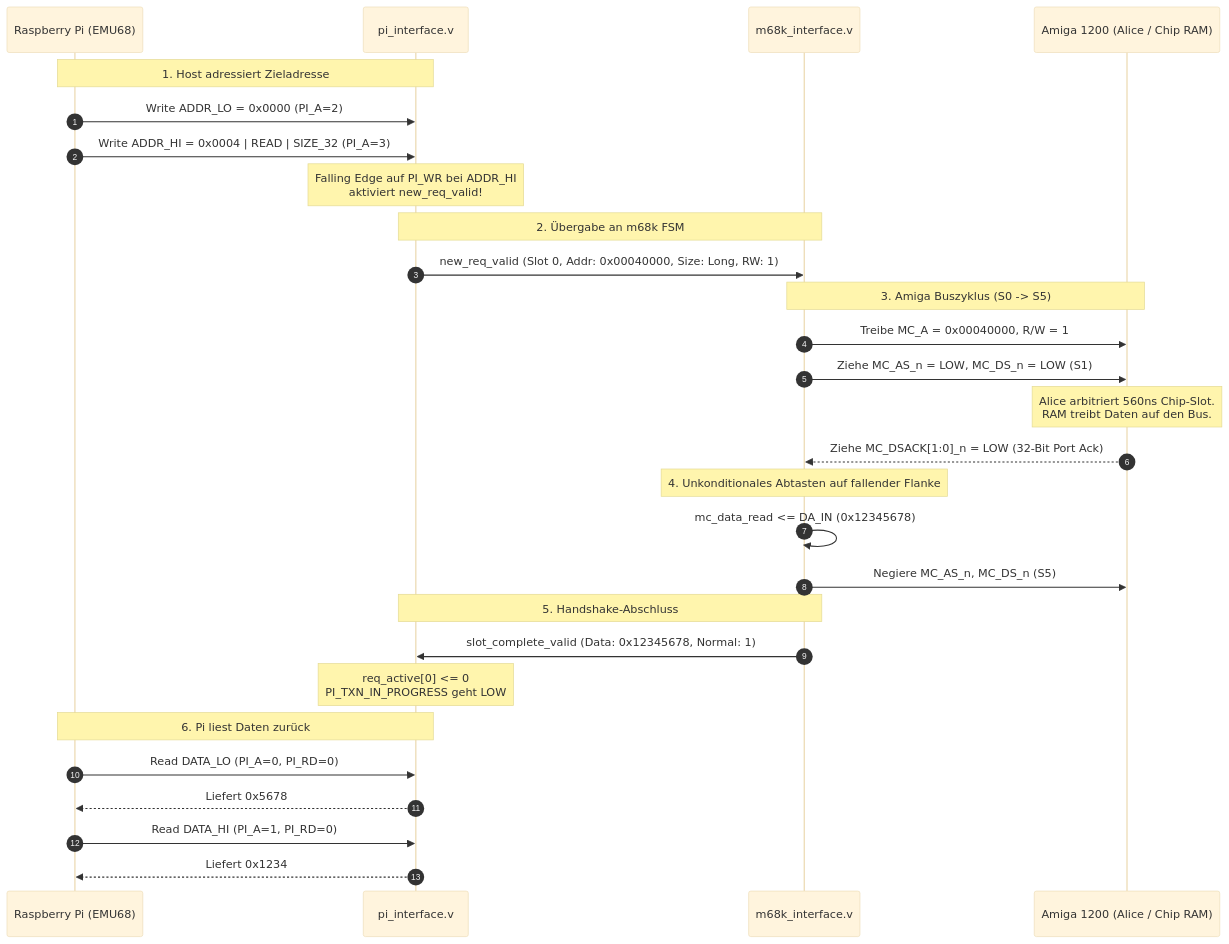
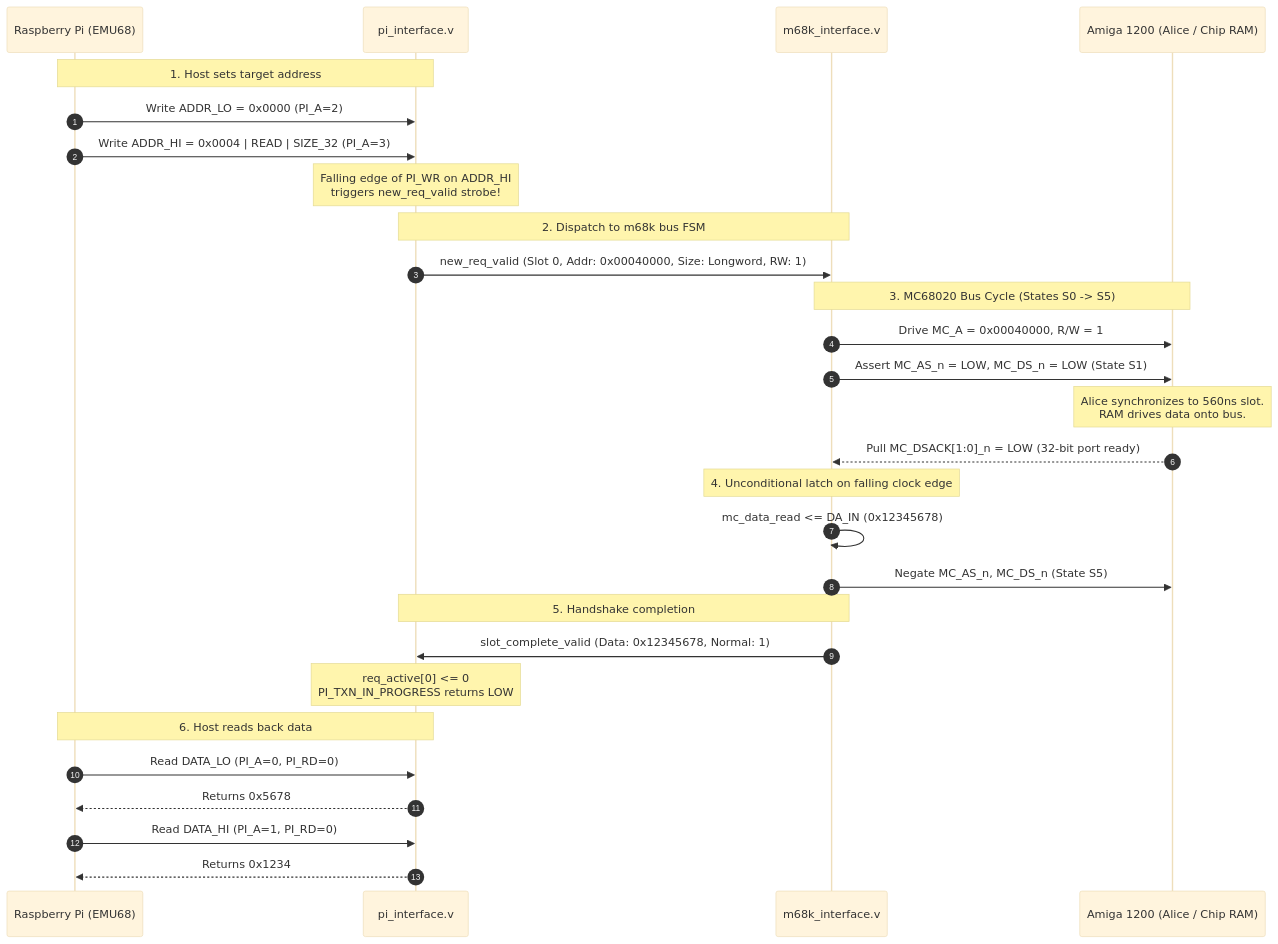
Before and after one commit to PiStorm/pistorm32-lite-gateware: the second of 5 diagrams in DOCS/HOW_IT_WORKS.md, drawn with Mermaid (base theme). The commit also changed other lines of this file and 5 other files, not shown here.

````diff
--- a/DOCS/HOW_IT_WORKS.md
+++ b/DOCS/HOW_IT_WORKS.md
@@ -94,37 +94,37 @@
 ```mermaid
 sequenceDiagram
     autonumber
     participant Pi as Raspberry Pi (EMU68)
     participant PI_IF as pi_interface.v
     participant M68K as m68k_interface.v
     participant Amiga as Amiga 1200 (Alice / Chip RAM)
 
-    Note over Pi,PI_IF: 1. Host adressiert Zieladresse
+    Note over Pi,PI_IF: 1. Host sets target address
     Pi->>PI_IF: Write ADDR_LO = 0x0000 (PI_A=2)
     Pi->>PI_IF: Write ADDR_HI = 0x0004 | READ | SIZE_32 (PI_A=3)
-    Note over PI_IF: Falling Edge auf PI_WR bei ADDR_HI<br/>aktiviert new_req_valid!
+    Note over PI_IF: Falling edge of PI_WR on ADDR_HI<br/>triggers new_req_valid strobe!
 
-    Note over PI_IF,M68K: 2. Übergabe an m68k FSM
-    PI_IF->>M68K: new_req_valid (Slot 0, Addr: 0x00040000, Size: Long, RW: 1)
+    Note over PI_IF,M68K: 2. Dispatch to m68k bus FSM
+    PI_IF->>M68K: new_req_valid (Slot 0, Addr: 0x00040000, Size: Longword, RW: 1)
     
-    Note over M68K,Amiga: 3. Amiga Buszyklus (S0 -> S5)
-    M68K->>Amiga: Treibe MC_A = 0x00040000, R/W = 1
-    M68K->>Amiga: Ziehe MC_AS_n = LOW, MC_DS_n = LOW (S1)
+    Note over M68K,Amiga: 3. MC68020 Bus Cycle (States S0 -> S5)
+    M68K->>Amiga: Drive MC_A = 0x00040000, R/W = 1
+    M68K->>Amiga: Assert MC_AS_n = LOW, MC_DS_n = LOW (State S1)
     
-    Note over Amiga: Alice arbitriert 560ns Chip-Slot.<br/>RAM treibt Daten auf den Bus.
-    Amiga-->>M68K: Ziehe MC_DSACK[1:0]_n = LOW (32-Bit Port Ack)
+    Note over Amiga: Alice synchronizes to 560ns slot.<br/>RAM drives data onto bus.
+    Amiga-->>M68K: Pull MC_DSACK[1:0]_n = LOW (32-bit port ready)
     
-    Note over M68K: 4. Unkonditionales Abtasten auf fallender Flanke
+    Note over M68K: 4. Unconditional latch on falling clock edge
     M68K->>M68K: mc_data_read <= DA_IN (0x12345678)
-    M68K->>Amiga: Negiere MC_AS_n, MC_DS_n (S5)
+    M68K->>Amiga: Negate MC_AS_n, MC_DS_n (State S5)
     
-    Note over M68K,PI_IF: 5. Handshake-Abschluss
+    Note over M68K,PI_IF: 5. Handshake completion
     M68K->>PI_IF: slot_complete_valid (Data: 0x12345678, Normal: 1)
-    Note over PI_IF: req_active[0] <= 0<br/>PI_TXN_IN_PROGRESS geht LOW
+    Note over PI_IF: req_active[0] <= 0<br/>PI_TXN_IN_PROGRESS returns LOW
 
-    Note over Pi,PI_IF: 6. Pi liest Daten zurück
+    Note over Pi,PI_IF: 6. Host reads back data
     Pi->>PI_IF: Read DATA_LO (PI_A=0, PI_RD=0)
-    PI_IF-->>Pi: Liefert 0x5678
+    PI_IF-->>Pi: Returns 0x5678
     Pi->>PI_IF: Read DATA_HI (PI_A=1, PI_RD=0)
-    PI_IF-->>Pi: Liefert 0x1234
+    PI_IF-->>Pi: Returns 0x1234
 ```
````
